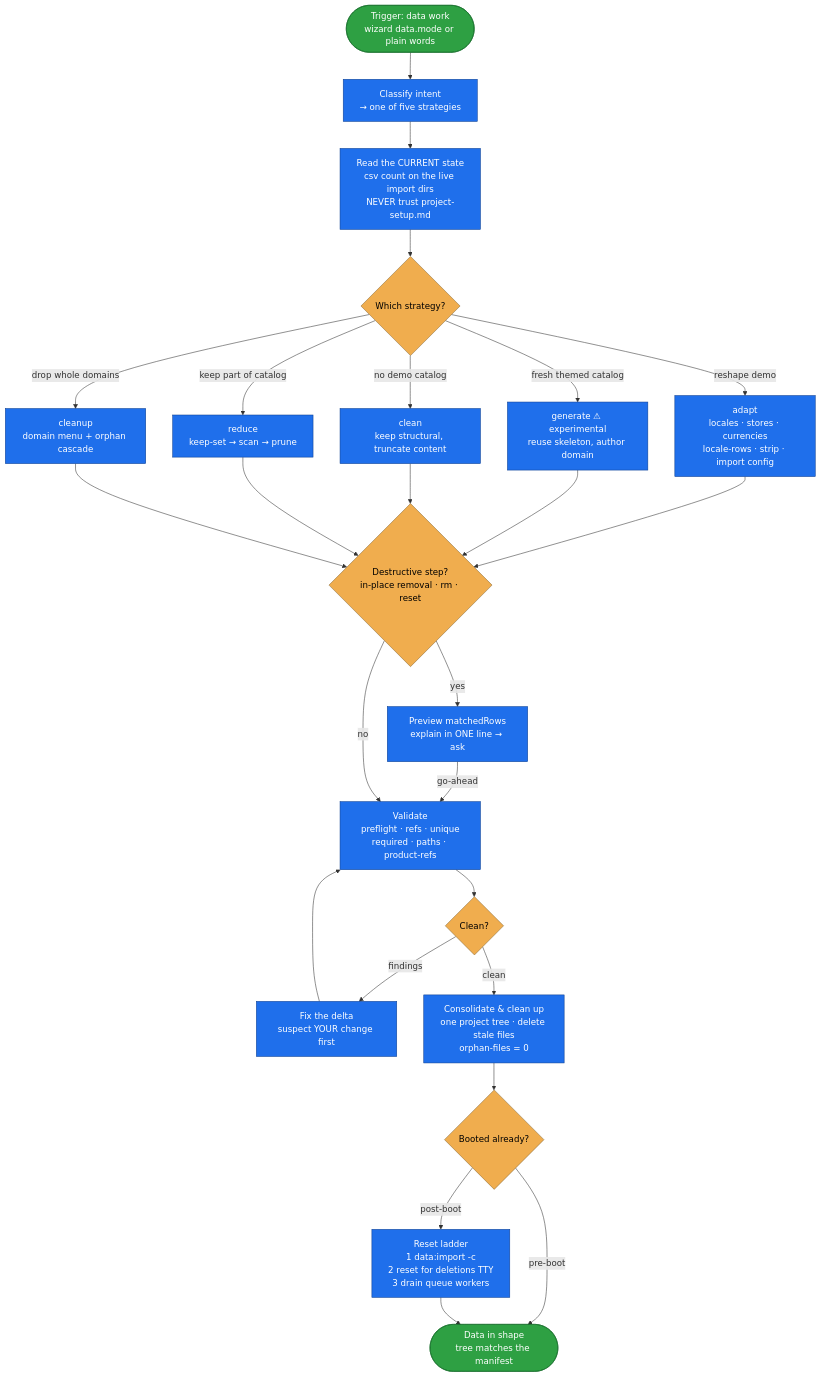
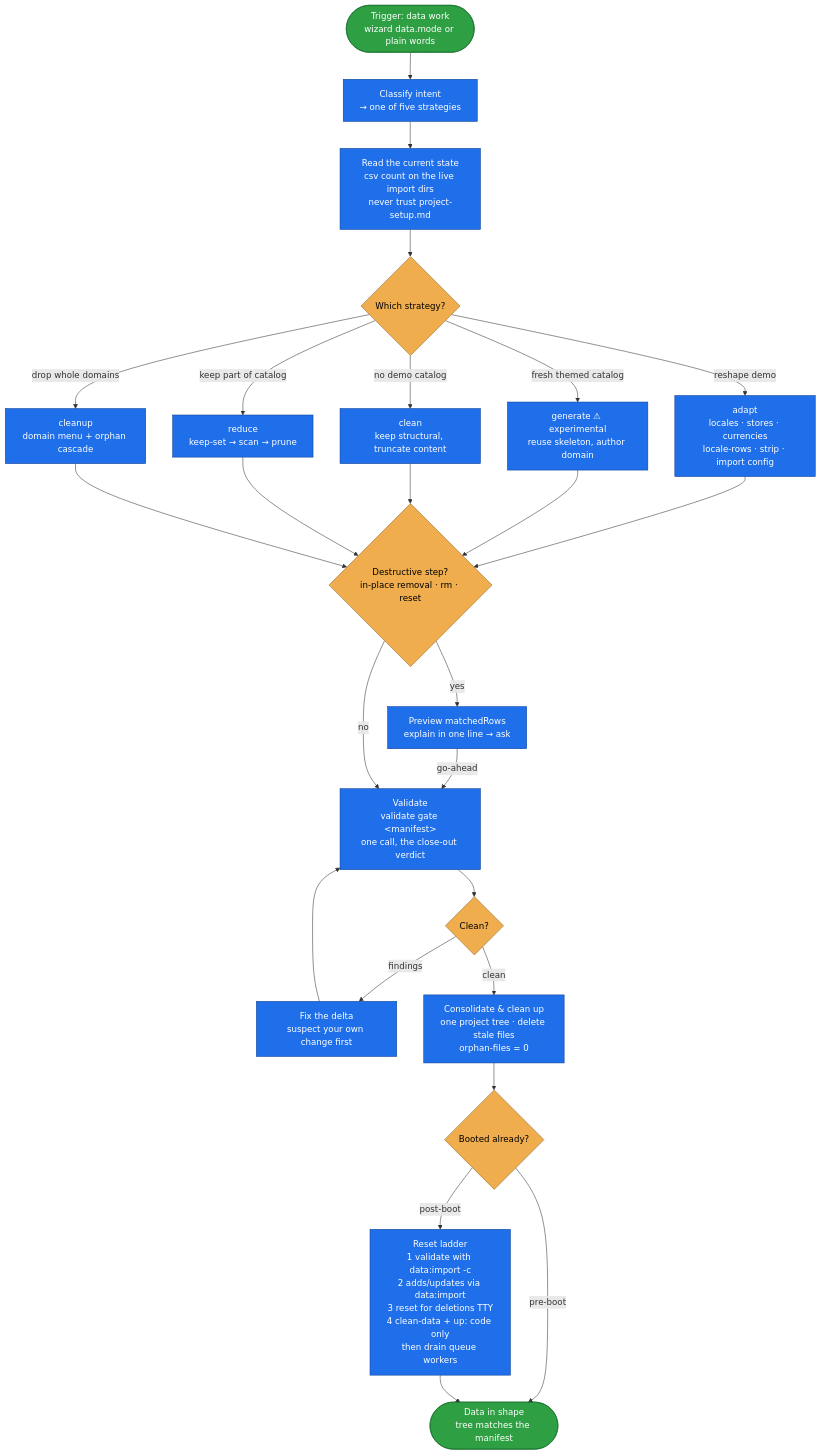
One commit to spryker-sdk/ai-dev changed the diagram in plugins/spryker-ai-dev-sdk/skills/project-data/README.md. Above: the diagram before and after it, drawn with Mermaid. The commit also changed other lines of this file and 121 other files, not shown here.

````diff
--- a/plugins/spryker-ai-dev-sdk/skills/project-data/README.md
+++ b/plugins/spryker-ai-dev-sdk/skills/project-data/README.md
@@ -35,41 +35,41 @@
 ```mermaid
 flowchart TD
     A([Trigger: data work<br/>wizard data.mode or plain words]) --> B["Classify intent<br/>→ one of five strategies"]
-    B --> C["Read the CURRENT state<br/>csv count on the live import dirs<br/>NEVER trust project-setup.md"]
+    B --> C["Read the current state<br/>csv count on the live import dirs<br/>never trust project-setup.md"]
     C --> D{Which strategy?}
 
     D -- "reshape demo" --> AD["adapt<br/>locales · stores · currencies<br/>locale-rows · strip · import config"]
     D -- "fresh themed catalog" --> GE["generate ⚠ experimental<br/>reuse skeleton, author domain"]
     D -- "no demo catalog" --> CL["clean<br/>keep structural, truncate content"]
     D -- "keep part of catalog" --> RE["reduce<br/>keep-set → scan → prune"]
     D -- "drop whole domains" --> CU["cleanup<br/>domain menu + orphan cascade"]
 
     AD --> GATE
     GE --> GATE
     CL --> GATE
     RE --> GATE
     CU --> GATE
 
     GATE{"Destructive step?<br/>in-place removal · rm · reset"}
-    GATE -- "yes" --> ASK["Preview matchedRows<br/>explain in ONE line → ask"]
+    GATE -- "yes" --> ASK["Preview matchedRows<br/>explain in one line → ask"]
     ASK -- "go-ahead" --> V
     GATE -- "no" --> V
 
-    V["Validate<br/>preflight · refs · unique<br/>required · paths · product-refs"]
+    V["Validate<br/>validate gate &lt;manifest&gt;<br/>one call, the close-out verdict"]
     V --> VOK{Clean?}
-    VOK -- "findings" --> FIX["Fix the delta<br/>suspect YOUR change first"]
+    VOK -- "findings" --> FIX["Fix the delta<br/>suspect your own change first"]
     FIX --> V
 
     VOK -- "clean" --> CONS["Consolidate &amp; clean up<br/>one project tree · delete stale files<br/>orphan-files = 0"]
     CONS --> APPLY{Booted already?}
     APPLY -- "pre-boot" --> DONE
-    APPLY -- "post-boot" --> LADDER["Reset ladder<br/>1 data:import -c<br/>2 reset for deletions TTY<br/>3 drain queue workers"]
+    APPLY -- "post-boot" --> LADDER["Reset ladder<br/>1 validate with data:import -c<br/>2 adds/updates via data:import<br/>3 reset for deletions TTY<br/>4 clean-data + up: code only<br/>then drain queue workers"]
     LADDER --> DONE([Data in shape<br/>tree matches the manifest])
 
     classDef step fill:#1f6feb,stroke:#0b3d91,color:#fff;
     classDef decision fill:#f0ad4e,stroke:#8a6d3b,color:#000;
     classDef terminal fill:#2ea043,stroke:#176f2c,color:#fff;
     class B,C,AD,GE,CL,RE,CU,ASK,V,FIX,CONS,LADDER step;
     class D,GATE,VOK,APPLY decision;
     class A,DONE terminal;
 ```
````
